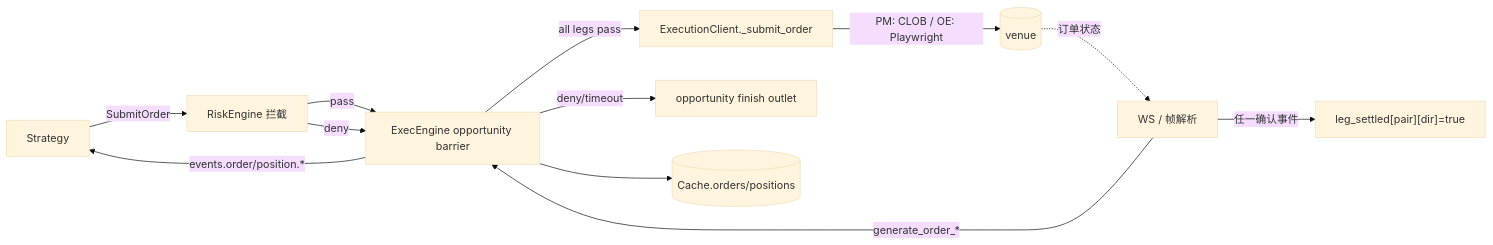
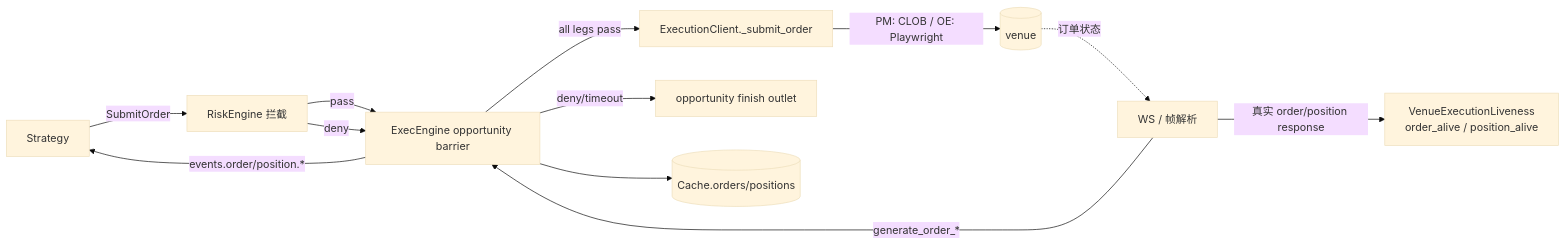
Before and after one commit to psnewer/nautilus_trader: the first of 5 diagrams in docs/arbitrage/architectures/execution/architecture.md, drawn with Mermaid (base theme). The commit also changed other lines of this file and 57 other files, not shown here.

````diff
--- a/docs/arbitrage/architectures/execution/architecture.md
+++ b/docs/arbitrage/architectures/execution/architecture.md
@@ -31,14 +30,14 @@
 ```mermaid
 flowchart LR
   ST[Strategy] -->|SubmitOrder| RE[RiskEngine 拦截]
   RE -->|pass| EE[ExecEngine opportunity barrier]
   RE -->|deny| EE
   EE -->|all legs pass| EC["ExecutionClient._submit_order"]
   EE -->|deny/timeout| FIN["opportunity finish outlet"]
   EC -->|PM: CLOB / OE: Playwright| V[(venue)]
   V -.订单状态.-> WS["WS / 帧解析"]
   WS -->|generate_order_*| EE
   EE --> C[(Cache.orders/positions)]
   EE -->|events.order/position.*| ST
-  WS -->|任一确认事件| LS["leg_settled[pair][dir]=true"]
+  WS -->|真实 order/position response| VL["VenueExecutionLiveness<br/>order_alive / position_alive"]
 ```
````
